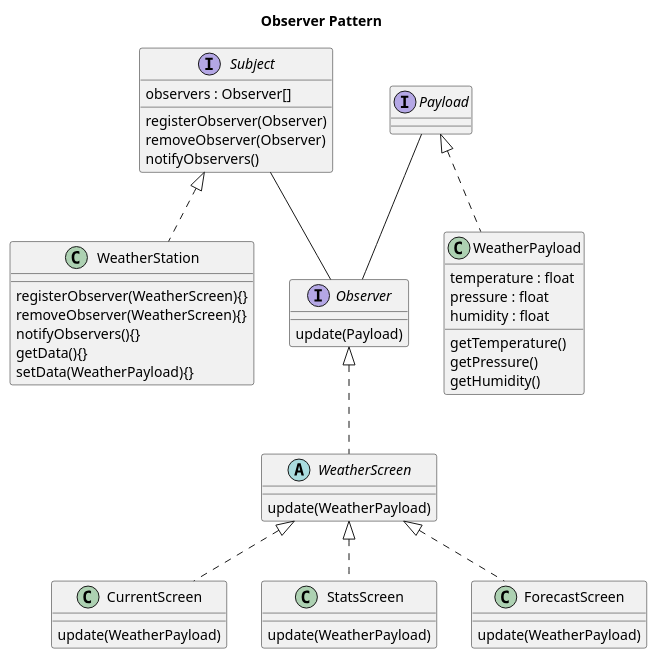
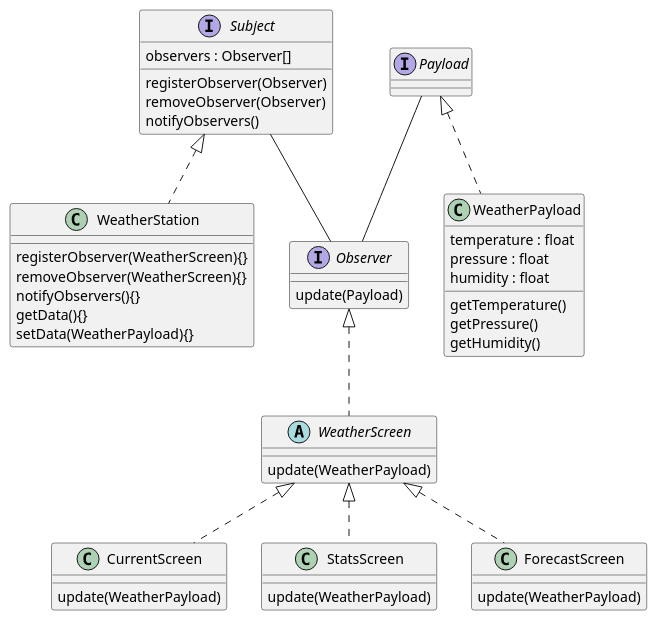
The diagram in 02_observer_pattern/README.md (alesgenova/design-patterns), drawn with PlantUML before and after one commit. The commit also changed 2 other files, not shown here.

Commit message:
improve the global README

````diff
--- a/02_observer_pattern/README.md
+++ b/02_observer_pattern/README.md
@@ -11,79 +11,76 @@
 ```plantuml
 @startuml
-
-title Observer Pattern
-
 
 interface Subject{
   observers : Observer[]
   registerObserver(Observer)
   removeObserver(Observer)
   notifyObservers()
 }
 
 
 interface Observer{
   update(Payload)
 }
 
 
 interface Payload{
 
 }
 
 
 class WeatherStation{
   registerObserver(WeatherScreen){}
   removeObserver(WeatherScreen){}
   notifyObservers(){}
   getData(){}
   setData(WeatherPayload){}
 }
 
 
 Abstract WeatherScreen{
   update(WeatherPayload)
 }
 
 
 class CurrentScreen{
   update(WeatherPayload)
 }
 
 
 class StatsScreen{
   update(WeatherPayload)
 }
 
 
 class ForecastScreen{
   update(WeatherPayload)
 }
 
 
 class WeatherPayload{
   temperature : float
   pressure : float
   humidity : float
   getTemperature()
   getPressure()
   getHumidity()
 }
 
 Subject -- Observer
 
 Payload -- Observer
 
 Subject <|.. WeatherStation
 
 Observer <|.. WeatherScreen
 
 WeatherScreen <|.. CurrentScreen
 WeatherScreen <|.. StatsScreen
 WeatherScreen <|.. ForecastScreen
 
 Payload <|.. WeatherPayload
 
 
 @enduml
 ```
````
